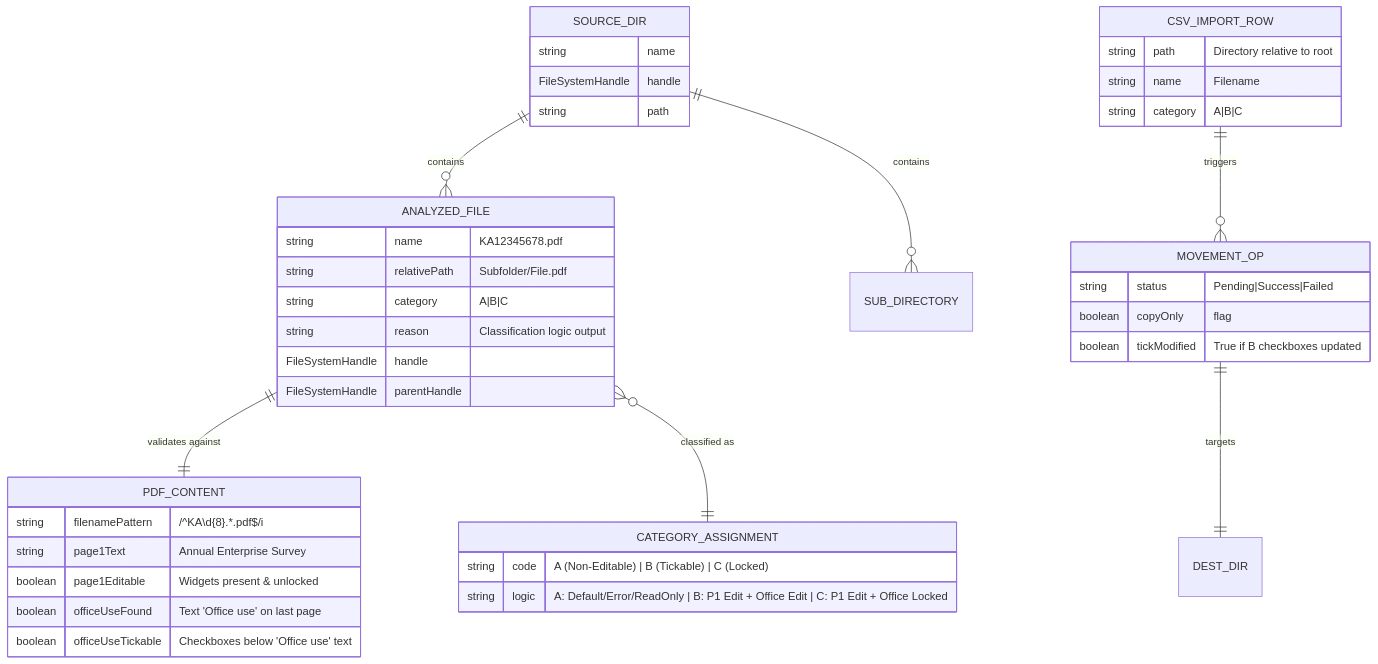
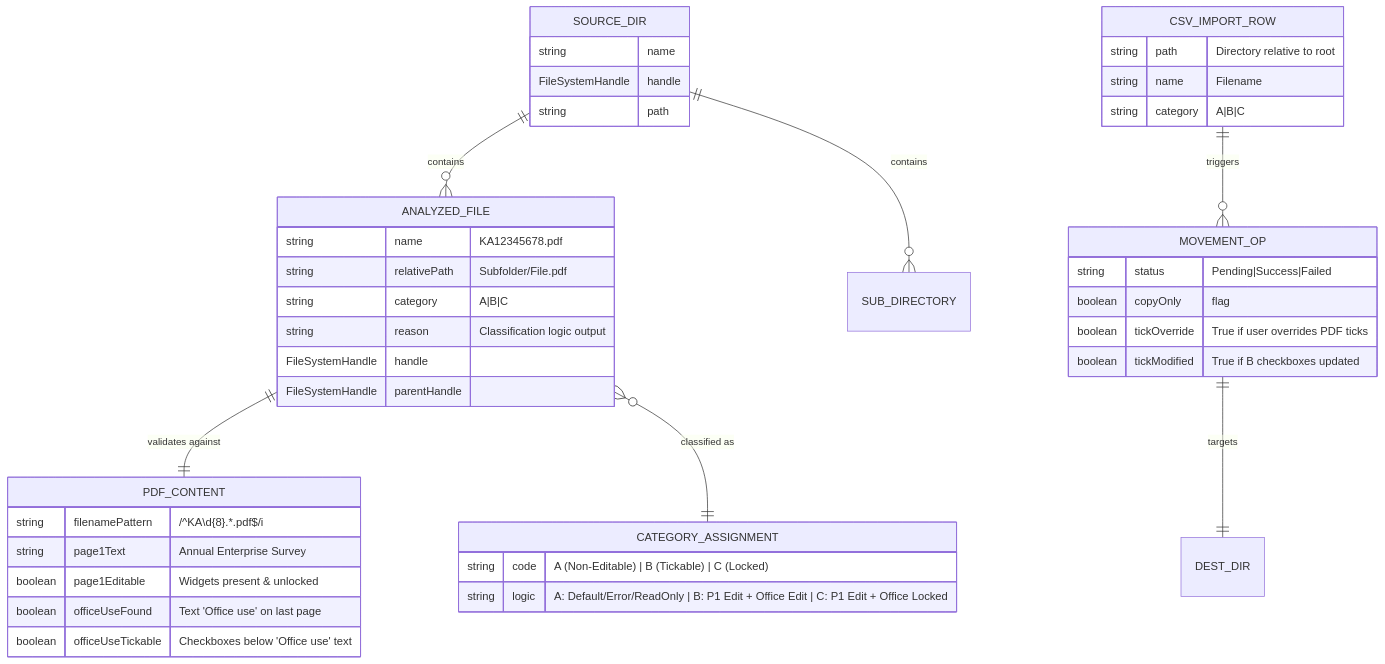
The first of 3 diagrams in DATA_MODEL.md (kerry-davis/form-name-matcher), drawn with Mermaid before and after one commit. The commit also changed other lines of this file and 1 other file, not shown here.

Commit message:
Update DATA_MODEL.md and pdf-sorter.html

````diff
--- a/DATA_MODEL.md
+++ b/DATA_MODEL.md
@@ -9,49 +9,50 @@
 ```mermaid
 erDiagram
   SOURCE_DIR ||--o{ ANALYZED_FILE : "contains"
   SOURCE_DIR ||--o{ SUB_DIRECTORY : "contains"
   ANALYZED_FILE ||--|| PDF_CONTENT : "validates against"
   ANALYZED_FILE }o--|| CATEGORY_ASSIGNMENT : "classified as"
   CSV_IMPORT_ROW ||--o{ MOVEMENT_OP : "triggers"
   MOVEMENT_OP ||--|| DEST_DIR : "targets"
 
   SOURCE_DIR {
     string name
     FileSystemHandle handle
     string path
   }
 
   ANALYZED_FILE {
     string name            "KA12345678.pdf"
     string relativePath    "Subfolder/File.pdf"
     string category        "A|B|C"
     string reason          "Classification logic output"
     FileSystemHandle handle
     FileSystemHandle parentHandle
   }
 
   PDF_CONTENT {
     string filenamePattern "/^KA\d{8}.*\.pdf$/i"
     string page1Text       "Annual Enterprise Survey"
     boolean page1Editable  "Widgets present & unlocked"
     boolean officeUseFound "Text 'Office use' on last page"
     boolean officeUseTickable "Checkboxes below 'Office use' text"
   }
 
   CATEGORY_ASSIGNMENT {
     string code "A (Non-Editable) | B (Tickable) | C (Locked)"
     string logic "A: Default/Error/ReadOnly | B: P1 Edit + Office Edit | C: P1 Edit + Office Locked"
   }
 
   CSV_IMPORT_ROW {
     string path "Directory relative to root"
     string name "Filename"
     string category "A|B|C"
   }
 
   MOVEMENT_OP {
     string status "Pending|Success|Failed"
     boolean copyOnly "flag"
+    boolean tickOverride "True if user overrides PDF ticks"
     boolean tickModified "True if B checkboxes updated"
   }
 ```
````
